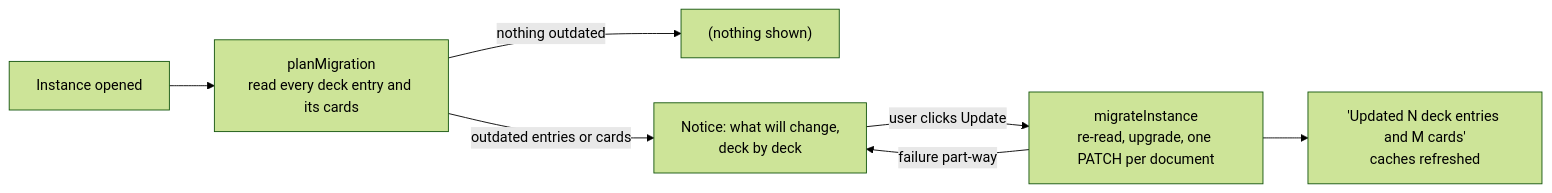
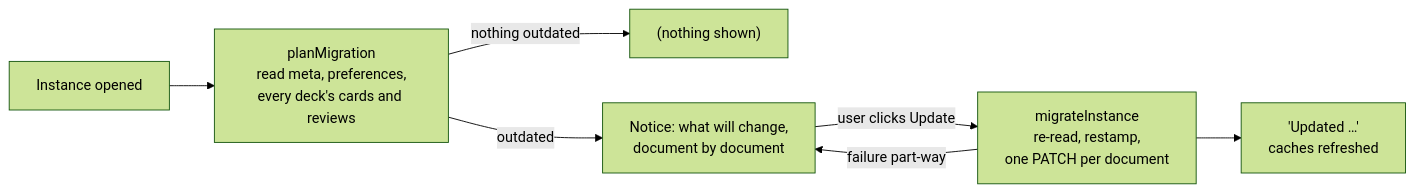
Before and after one commit to antwika/solid-memo: the second of 2 diagrams in docs/migrations.md, drawn with Mermaid (forest theme). The commit also changed other lines of this file and 159 other files, not shown here.

````diff
--- a/docs/migrations.md
+++ b/docs/migrations.md
@@ -41,9 +58,9 @@
 ```mermaid
 flowchart LR
-    open["Instance opened"] --> plan["planMigration<br/>read every deck entry and its cards"]
+    open["Instance opened"] --> plan["planMigration<br/>read meta, preferences,<br/>every deck's cards and reviews"]
     plan -->|nothing outdated| quiet["(nothing shown)"]
-    plan -->|outdated entries or cards| notice["Notice: what will change,<br/>deck by deck"]
-    notice -->|user clicks Update| run["migrateInstance<br/>re-read, upgrade, one PATCH per document"]
-    run --> done["'Updated N deck entries and M cards'<br/>caches refreshed"]
+    plan -->|outdated| notice["Notice: what will change,<br/>document by document"]
+    notice -->|user clicks Update| run["migrateInstance<br/>re-read, restamp,<br/>one PATCH per document"]
+    run --> done["'Updated …'<br/>caches refreshed"]
     run -->|failure part-way| notice
 ```
````
